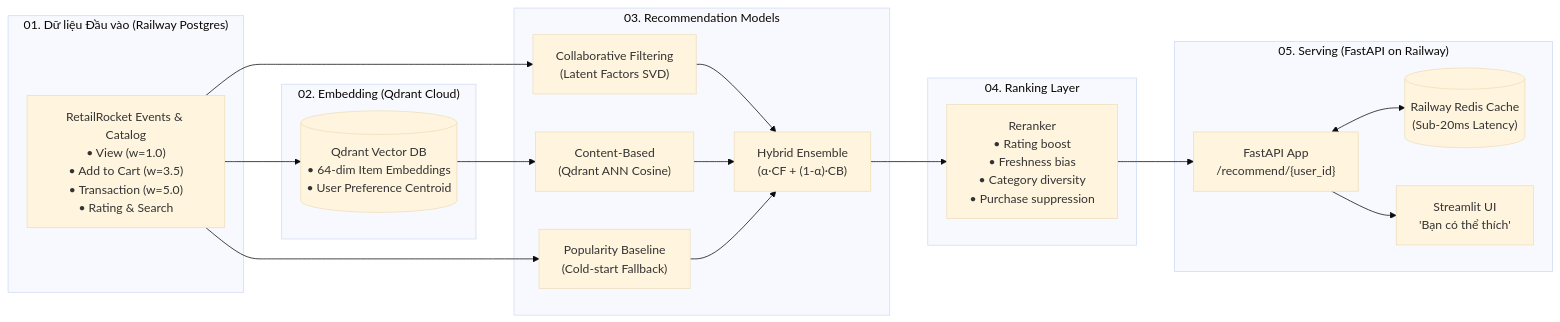
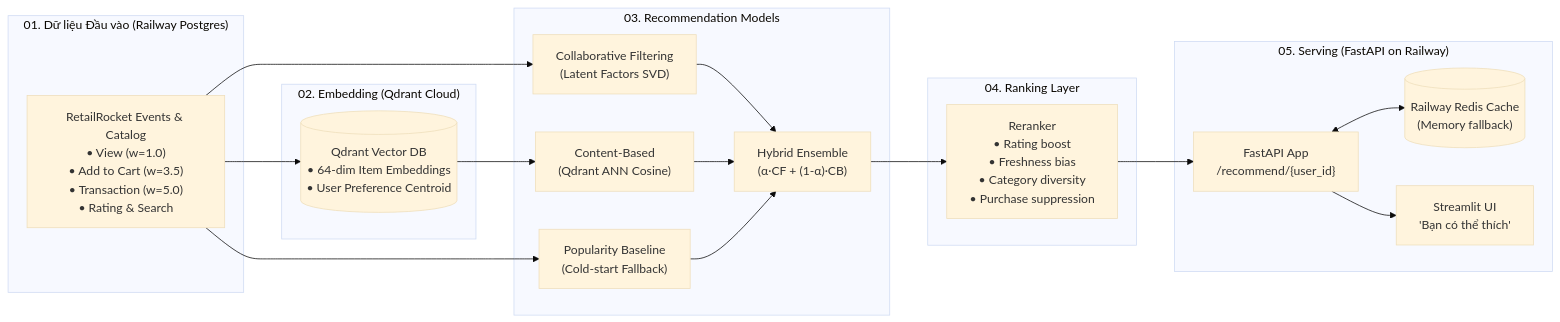
Before and after one commit to imtarget05/ai-product-recommender: the diagram in README.md, drawn with Mermaid (base theme). The commit also changed other lines of this file and 43 other files, not shown here.

````diff
--- a/README.md
+++ b/README.md
@@ -24,36 +65,36 @@
 ```mermaid
 flowchart LR
     subgraph S1["01. Dữ liệu Đầu vào (Railway Postgres)"]
         RAW["RetailRocket Events & Catalog<br/>• View (w=1.0)<br/>• Add to Cart (w=3.5)<br/>• Transaction (w=5.0)<br/>• Rating & Search"]
     end
 
     subgraph S2["02. Embedding (Qdrant Cloud)"]
         QDRANT[("Qdrant Vector DB<br/>• 64-dim Item Embeddings<br/>• User Preference Centroid")]
     end
 
     subgraph S3["03. Recommendation Models"]
         CF["Collaborative Filtering<br/>(Latent Factors SVD)"]
         CB["Content-Based<br/>(Qdrant ANN Cosine)"]
         POP["Popularity Baseline<br/>(Cold-start Fallback)"]
         HYB["Hybrid Ensemble<br/>(α·CF + (1-α)·CB)"]
     end
 
     subgraph S4["04. Ranking Layer"]
         RANK["Reranker<br/>• Rating boost<br/>• Freshness bias<br/>• Category diversity<br/>• Purchase suppression"]
     end
 
     subgraph S5["05. Serving (FastAPI on Railway)"]
-        CACHE[("Railway Redis Cache<br/>(Sub-20ms Latency)")]
+        CACHE[("Railway Redis Cache<br/>(Memory fallback)")]
         API["FastAPI App<br/>/recommend/{user_id}"]
         UI["Streamlit UI<br/>'Bạn có thể thích'"]
     end
 
     RAW --> QDRANT
     RAW --> CF & POP
     QDRANT --> CB
     CF & CB & POP --> HYB
     HYB --> RANK
     RANK --> API
     API <--> CACHE
     API --> UI
 ```
````
